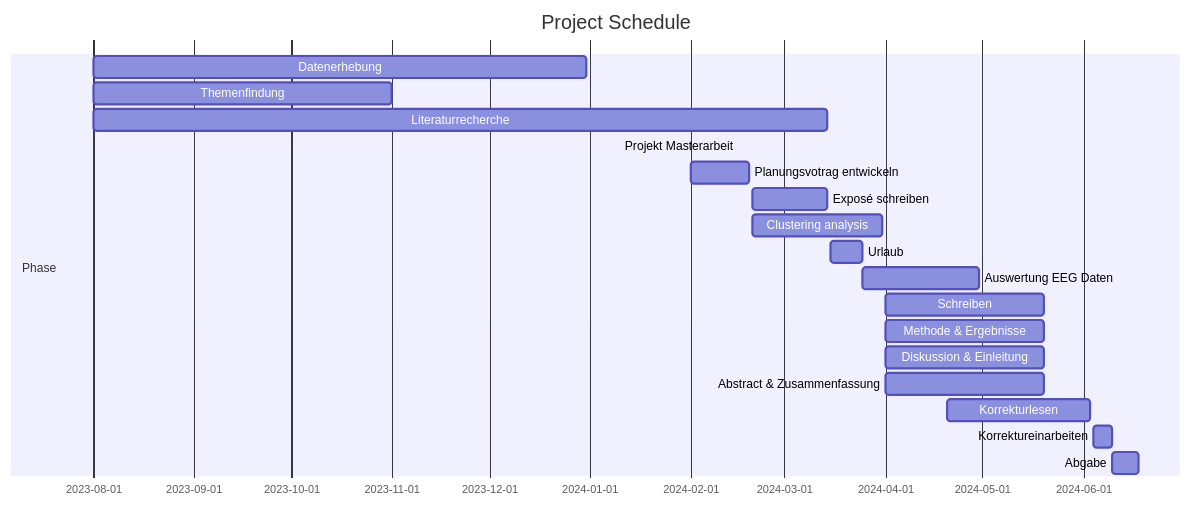
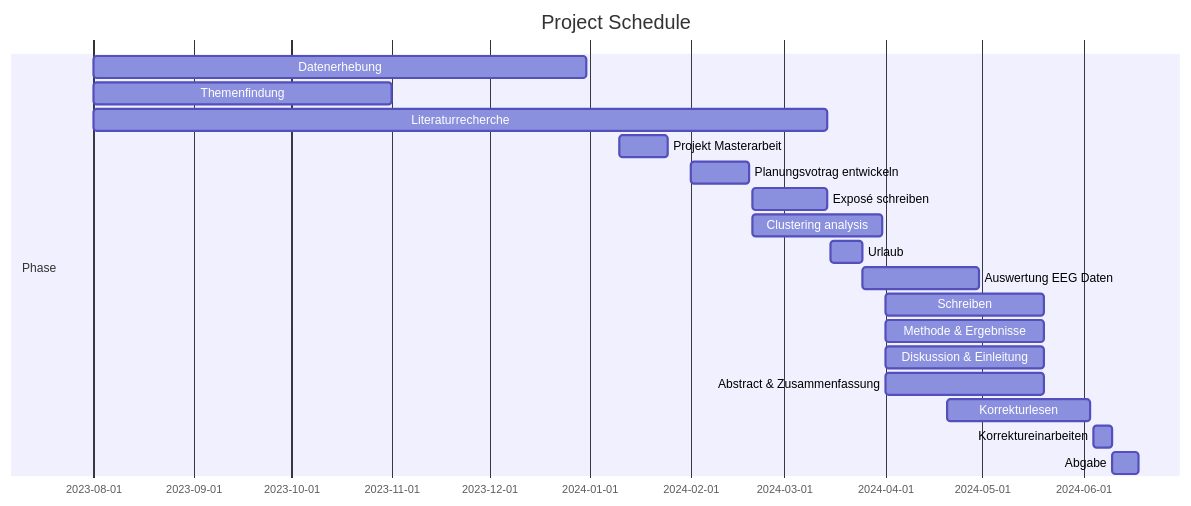
Before and after one commit to JankaMarlene/masters_thesis: the diagram in README.md, drawn with Mermaid.

````diff
--- a/README.md
+++ b/README.md
@@ -4,23 +4,23 @@
 ```mermaid
 gantt
     title Project Schedule
     dateFormat YYYY-MM-DD
 
     section Phase
     Datenerhebung              : 2023-08-01, 2023-12-31
     Themenfindung              : 2023-08-01, 2023-11-01
     Literaturrecherche         : 2023-08-01, 2024-03-14
-    Projekt Masterarbeit       : 2024-01-10, 2024.01-25
+    Projekt Masterarbeit       : 2024-01-10, 2024-01-25
     Planungsvotrag entwickeln  : 2024-02-01, 2024-02-19
     Exposé schreiben           : 2024-02-20, 2024-03-14
     Clustering analysis        : 2024-02-20, 2024-03-31
     Urlaub                     : 2024-03-15, 2024-03-25
     Auswertung EEG Daten       : 2024-03-25, 2024-04-30
     Schreiben                  : 2024-04-01, 2024-05-20
     Methode & Ergebnisse       : 2024-04-01, 2024-05-20
     Diskussion & Einleitung    : 2024-04-01, 2024-05-20
     Abstract & Zusammenfassung : 2024-04-01, 2024-05-20
     Korrekturlesen             : 2024-04-20, 2024-06-03
     Korrektureinarbeiten       : 2024-06-04, 2024-06-10           
     Abgabe                     : 2024-06-10, 2024-06-18
 ```
````
